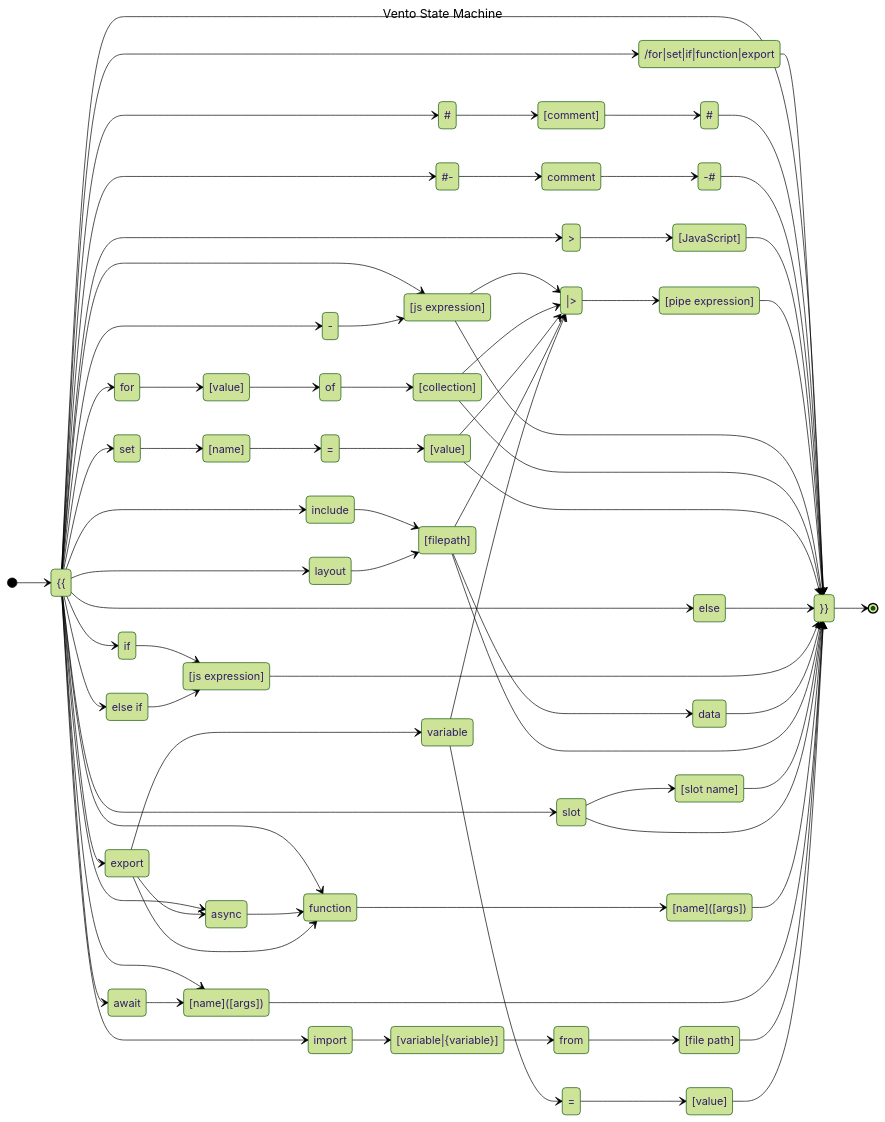
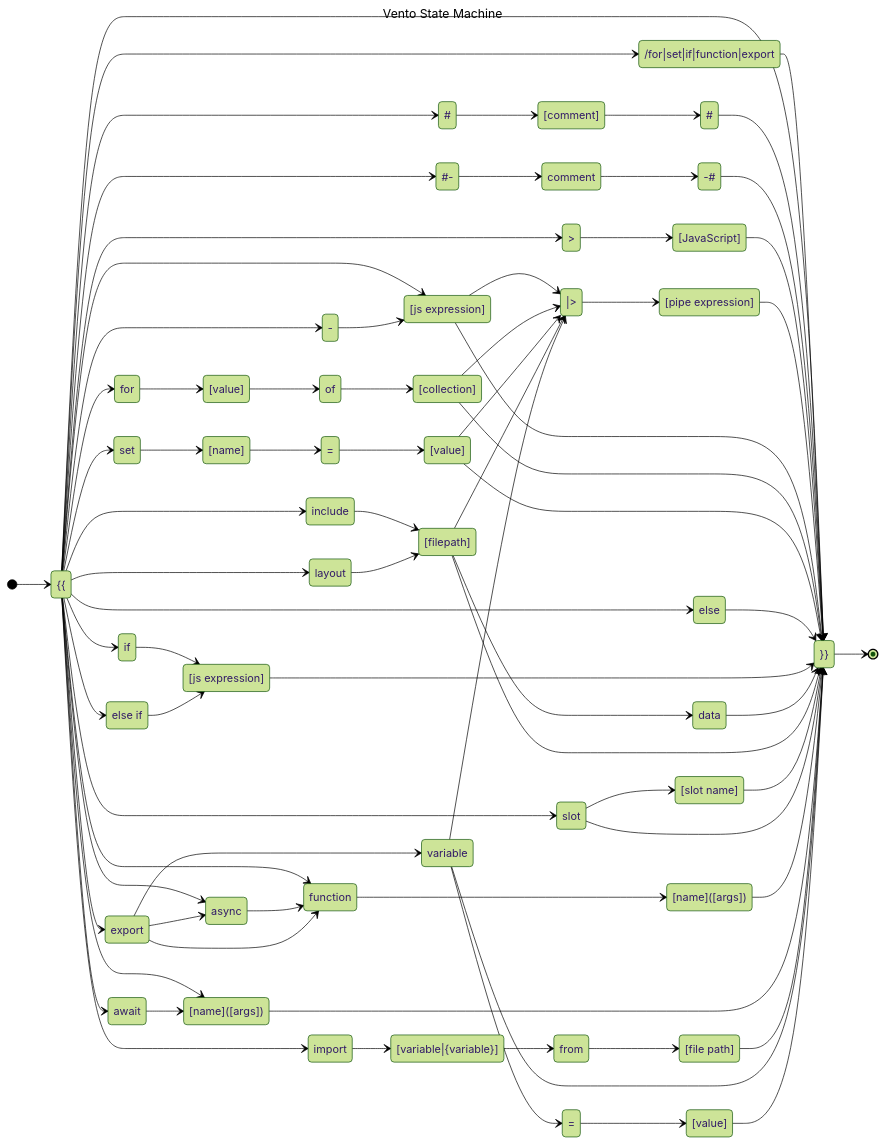
The diagram in statemachine.md (ventojs/webstorm-vento), drawn with Mermaid before and after one commit. The commit also changed 76 other files, not shown here.

```diff
--- a/statemachine.md
+++ b/statemachine.md
@@ -156,6 +156,7 @@
     export --> function
     export --> async
     exportVar --> exportEquals
+    exportVar --> close
     exportVar --> pipe
     exportEquals --> exportValue
     exportValue --> close
```
